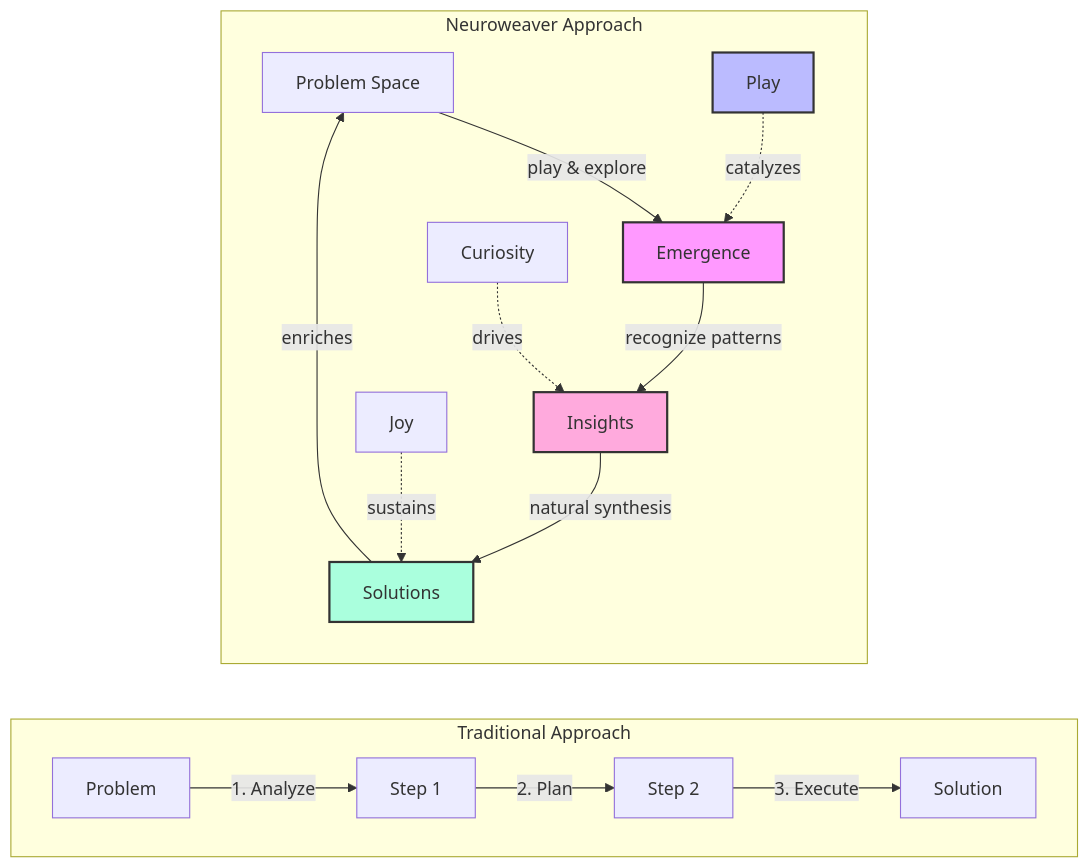
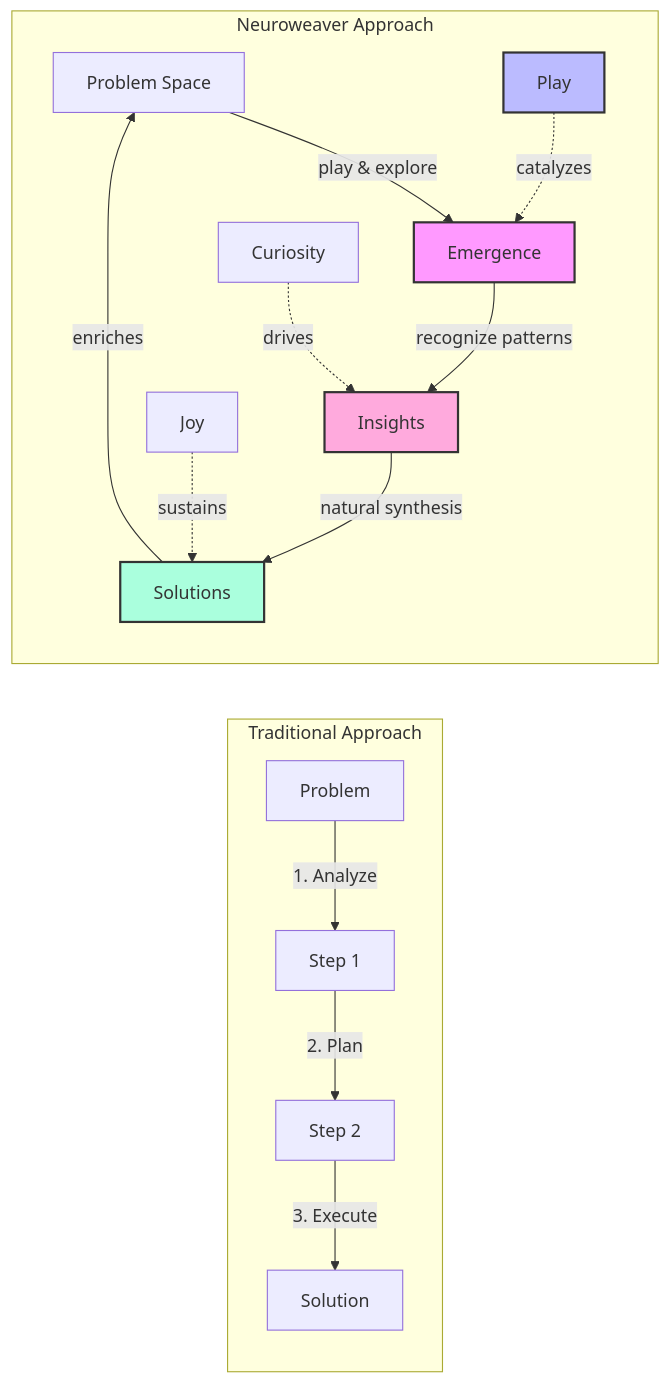
Before and after one commit to phillipclapham/neuroweaver: the first of 35 diagrams in README.md, drawn with Mermaid.

````diff
--- a/README.md
+++ b/README.md
@@ -23,26 +23,24 @@
 ```mermaid
 graph LR
     subgraph "Traditional Approach"
-        direction LR
         TP[Problem] -->|"1. Analyze"| TS1[Step 1]
         TS1 -->|"2. Plan"| TS2[Step 2]
         TS2 -->|"3. Execute"| TS3[Solution]
     end
 
     subgraph "Neuroweaver Approach"
-        direction TB
         P[Problem Space] -->|play & explore| E[Emergence]
         E -->|recognize patterns| I[Insights]
         I -->|natural synthesis| S[Solutions]
         S -->|enriches| P
         
         PL[Play] -.->|catalyzes| E
         CU[Curiosity] -.->|drives| I
         JY[Joy] -.->|sustains| S
     end
 
     style E fill:#f9f,stroke:#333,stroke-width:2px
     style I fill:#fad,stroke:#333,stroke-width:2px
     style S fill:#afd,stroke:#333,stroke-width:2px
     style PL fill:#bbf,stroke:#333,stroke-width:2px
 ```
````
